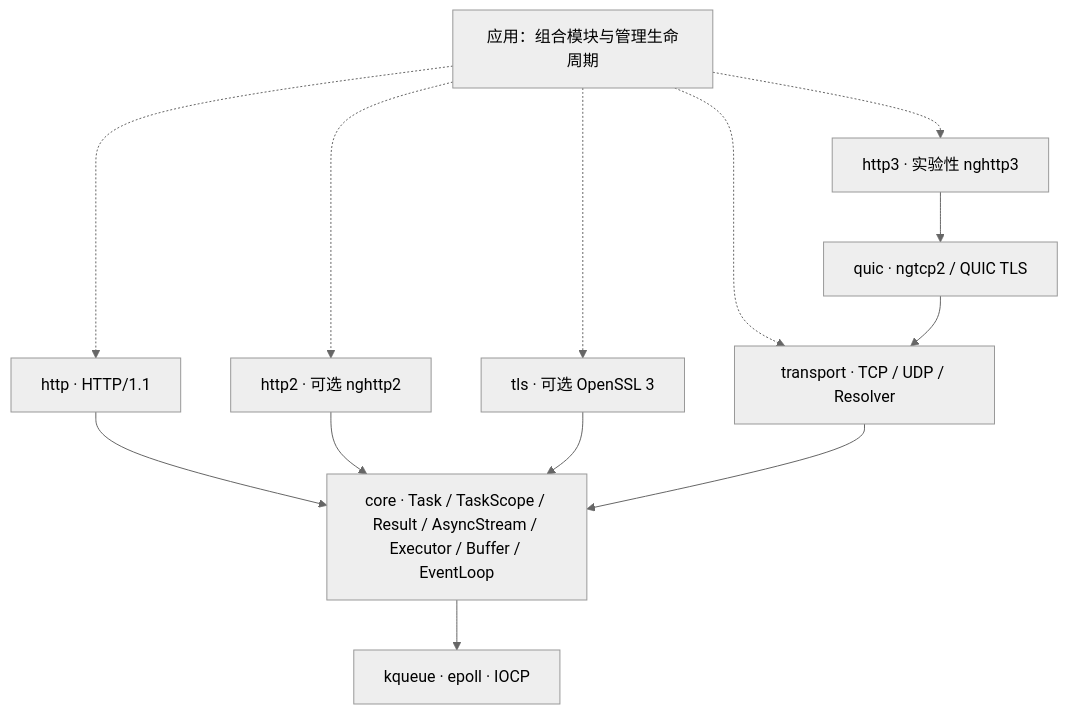
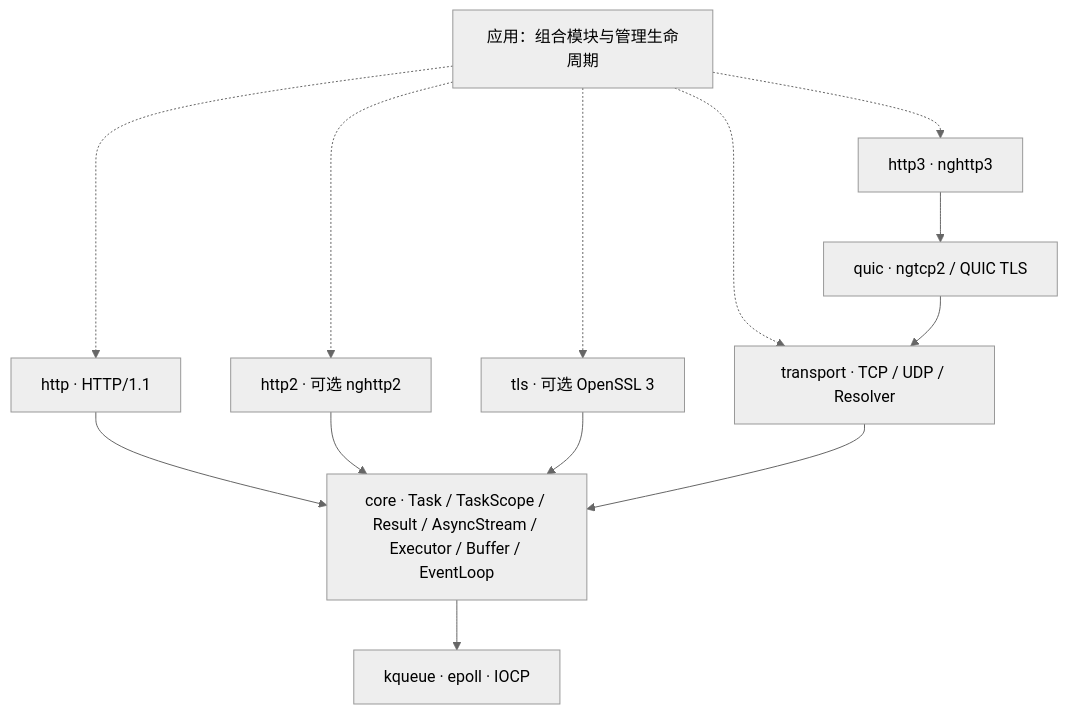
Before and after one commit to dqsjqian/continuo: the diagram in README.md, drawn with Mermaid (neutral theme). The commit also changed other lines of this file and 1 other file, not shown here.

````diff
--- a/README.md
+++ b/README.md
@@ -79,16 +78,16 @@
 ```mermaid
 flowchart TB
     App[应用：组合模块与管理生命周期]
     App -.-> HTTP[http · HTTP/1.1]
     App -.-> TLS[tls · 可选 OpenSSL 3]
     App -.-> TCP[transport · TCP / UDP / Resolver]
     App -.-> H2[http2 · 可选 nghttp2]
-    App -.-> H3[http3 · 实验性 nghttp3]
+    App -.-> H3[http3 · nghttp3]
     HTTP --> Core[core · Task / TaskScope / Result / AsyncStream / Executor / Buffer / EventLoop]
     H2 --> Core
     H3 --> QUIC[quic · ngtcp2 / QUIC TLS]
     QUIC --> TCP
     TLS --> Core
     TCP --> Core
     Core --> Backends[kqueue · epoll · IOCP]
 ```
````
